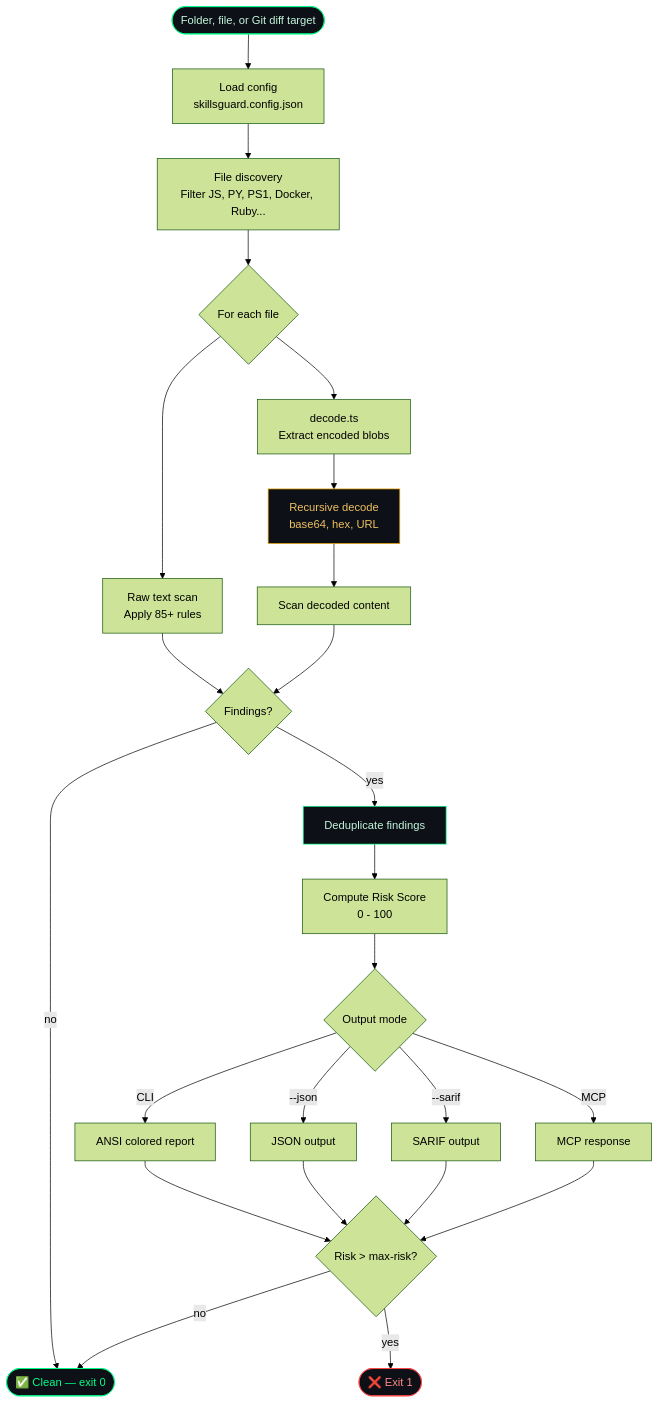
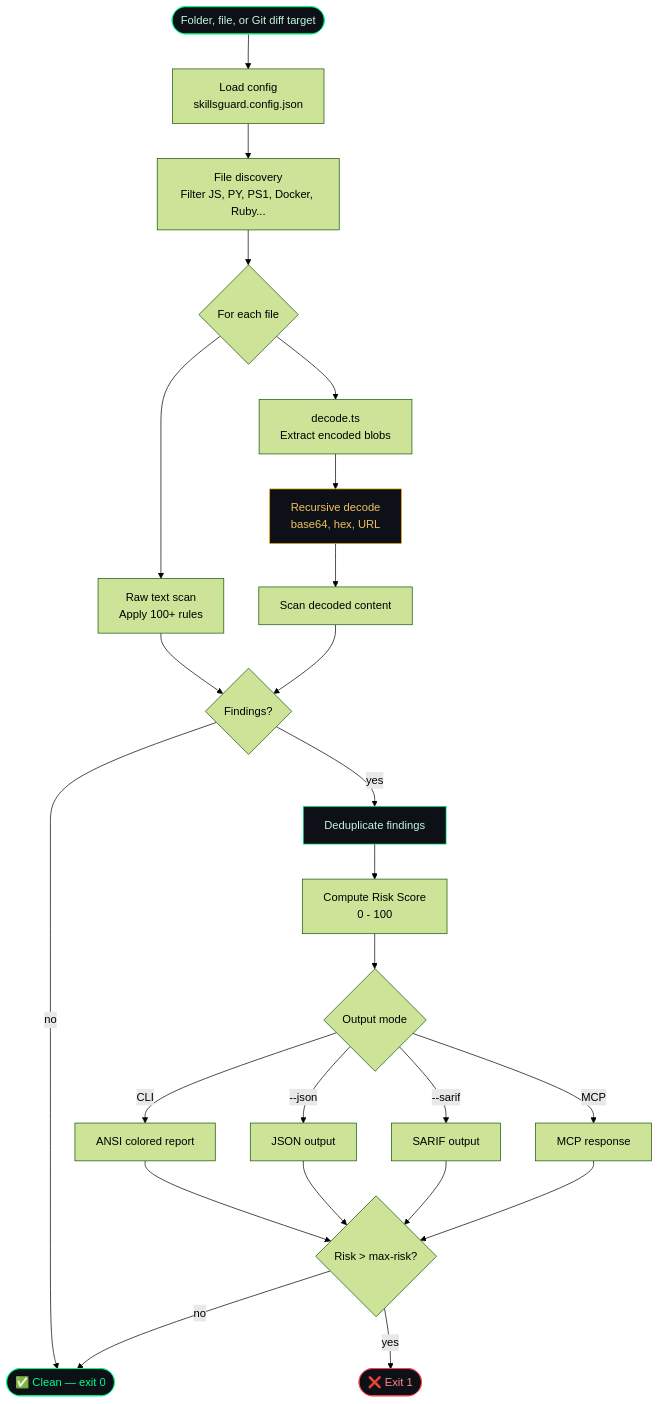
Before and after one commit to Teycir/SkillsGuard: the diagram in README.md, drawn with Mermaid (forest theme). The commit also changed other lines of this file and 2 other files, not shown here.

````diff
--- a/README.md
+++ b/README.md
@@ -76,28 +76,28 @@
 ```mermaid
 flowchart TD
     A([Folder, file, or Git diff target]) --> B[Load config\nskillsguard.config.json]
     B --> C[File discovery\nFilter JS, PY, PS1, Docker, Ruby...]
     C --> D{For each file}
-    D --> E[Raw text scan\nApply 85+ rules]
+    D --> E[Raw text scan\nApply 100+ rules]
     D --> F[decode.ts\nExtract encoded blobs]
     F --> G[Recursive decode\nbase64, hex, URL]
     G --> H[Scan decoded content]
     E & H --> I{Findings?}
     I -->|no| J([✅ Clean — exit 0])
     I -->|yes| K[Deduplicate findings]
     K --> L[Compute Risk Score\n0 - 100]
     L --> M{Output mode}
     M -->|CLI| N[ANSI colored report]
     M -->|--json| O[JSON output]
     M -->|--sarif| P[SARIF output]
     M -->|MCP| Q[MCP response]
     N & O & P & Q --> R{Risk > max-risk?}
     R -->|yes| S([❌ Exit 1])
     R -->|no| J
 
     style A fill:#0d1117,stroke:#00ff88,color:#c3f5dc
     style J fill:#0d1117,stroke:#00ff88,color:#00ff88
     style S fill:#0d1117,stroke:#ff4444,color:#ff8888
     style G fill:#0d1117,stroke:#f0a500,color:#f0c060
     style K fill:#0d1117,stroke:#00ff88,color:#c3f5dc
 ```
````
